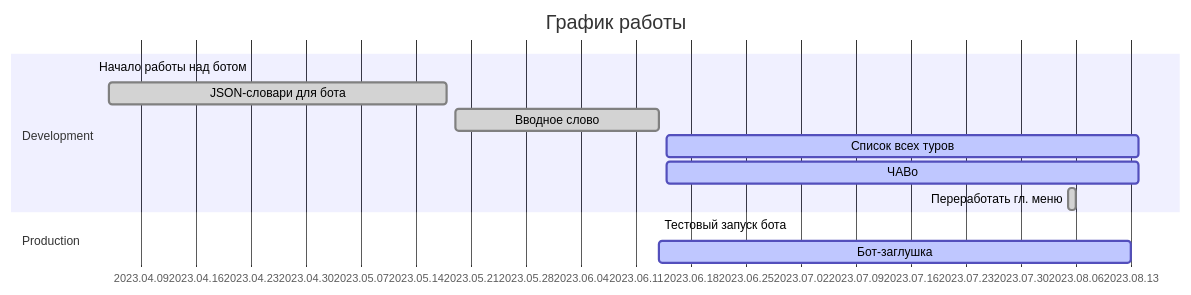
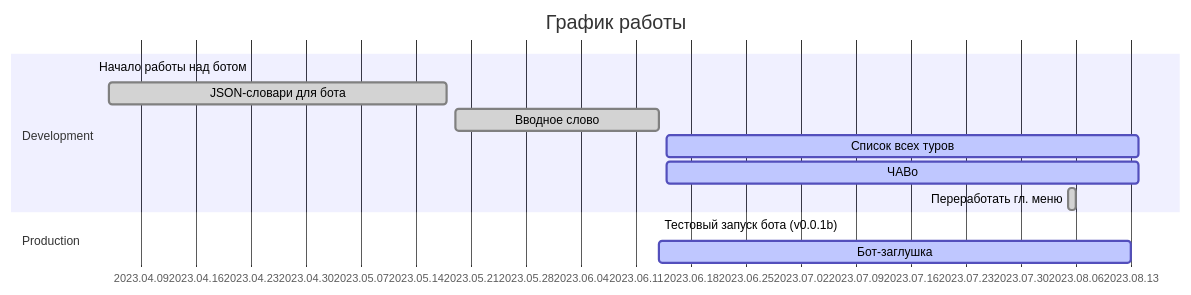
Before and after one commit to tropintropin/telegram_bot_peshehod_chat: the first of 2 diagrams in README.md, drawn with Mermaid.

````diff
--- a/README.md
+++ b/README.md
@@ -47,17 +47,17 @@
 ```mermaid
 gantt
 title       График работы
 dateFormat  YYYY.MM.DD
 axisFormat  %Y.%m.%d
 excludes    
 section     Development
-Начало работы над ботом :mileston,      2023.04.03, 
-JSON-словари для бота   :done,      a0, 2023.04.05, 2023.05.18
-Вводное слово           :done,      a1, 2023.05.19, 2023.06.14
-Список всех туров       :active,    a2, 2023.06.15, 60d
-ЧАВо                    :active,    a3, 2023.06.15, 60d
-Переработать гл. меню   :done,      a5, 2023.08.05, 2023.08.06
+Начало работы над ботом         :mileston,      2023.04.03, 
+JSON-словари для бота           :done,      a0, 2023.04.05, 2023.05.18
+Вводное слово                   :done,      a1, 2023.05.19, 2023.06.14
+Список всех туров               :active,    a2, 2023.06.15, 60d
+ЧАВо                            :active,    a3, 2023.06.15, 60d
+Переработать гл. меню           :done,      a5, 2023.08.05, 2023.08.06
 section     Production
-Тестовый запуск бота    :mileston,      2023.06.14,
-Бот-заглушка            :active,    b0, 2023.06.14, 60d
+Тестовый запуск бота (v0.0.1b)  :mileston,      2023.06.14,
+Бот-заглушка                    :active,    b0, 2023.06.14, 60d
 ```
````
